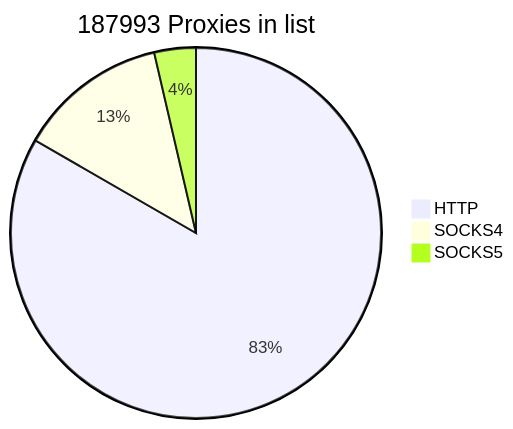
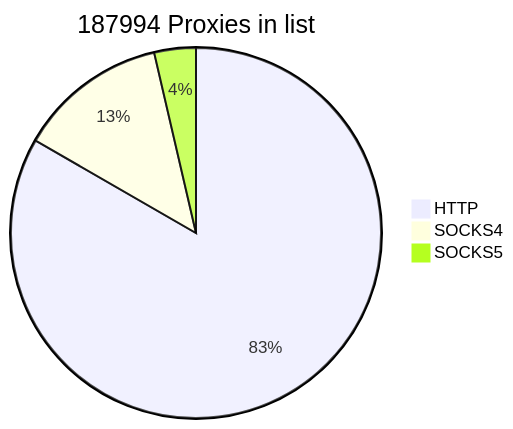
Before and after one commit to cutipu/proxylist: the first of 2 diagrams in README.md, drawn with Mermaid. The commit also changed other lines of this file, not shown here.

````diff
--- a/README.md
+++ b/README.md
@@ -2,7 +2,7 @@
 ```mermaid
-pie title 187993 Proxies in list
+pie title 187994 Proxies in list
     "HTTP" : 156630
-    "SOCKS4" : 24538
+    "SOCKS4" : 24539
     "SOCKS5" : 6825
             
 ```
````
